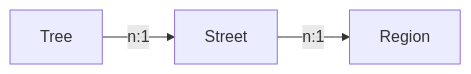
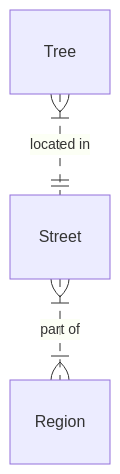
One commit to CEU-Economics-and-Business/ECBS-5146-Different-Shapes-of-Data changed the third of 7 diagrams in _episodes/07-modeling.md. Above: the diagram before and after it, drawn with Mermaid. The commit also changed other lines of this file and 1 other file, not shown here.

```diff
--- a/_episodes/07-modeling.md
+++ b/_episodes/07-modeling.md
@@ -114,5 +104,5 @@
 <div class="mermaid">
-graph LR
-    Tree --n:1--> Street
-    Street --n:1--> Region
+erDiagram
+          Tree }|..|| Street : "located in"
+          Street }|..|{ Region : "part of"
 </div>
```
